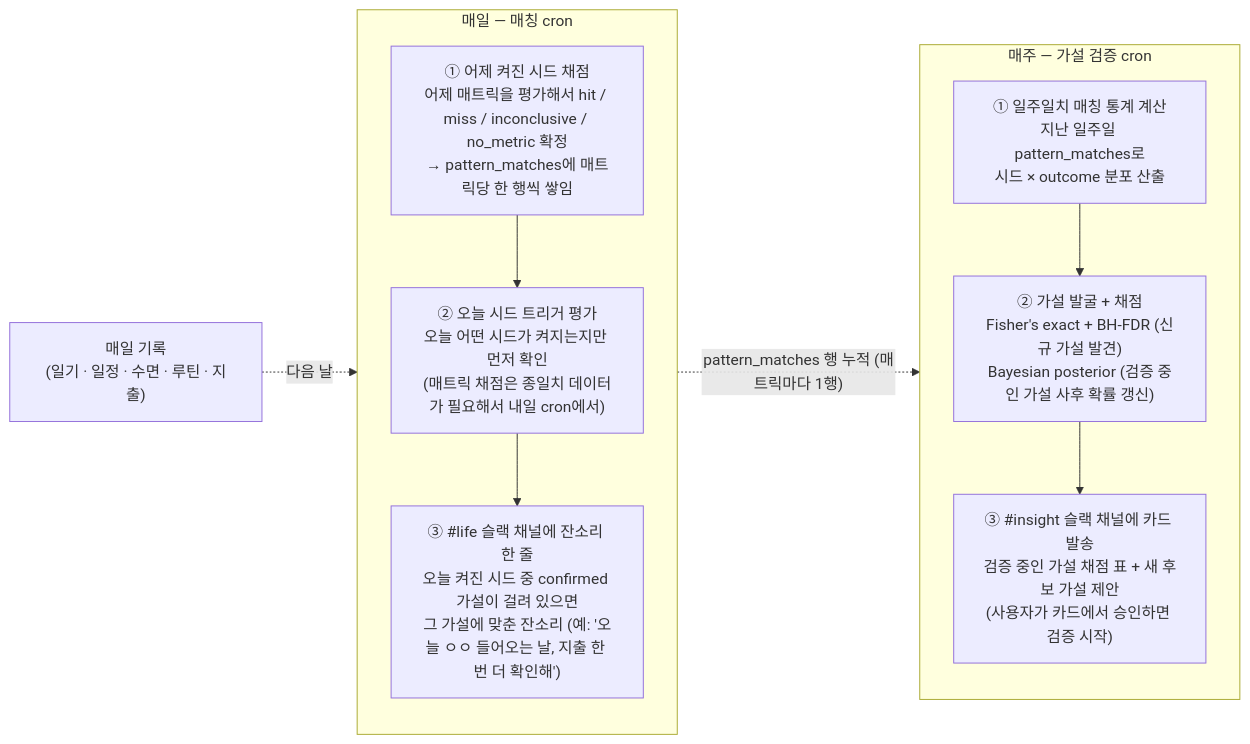
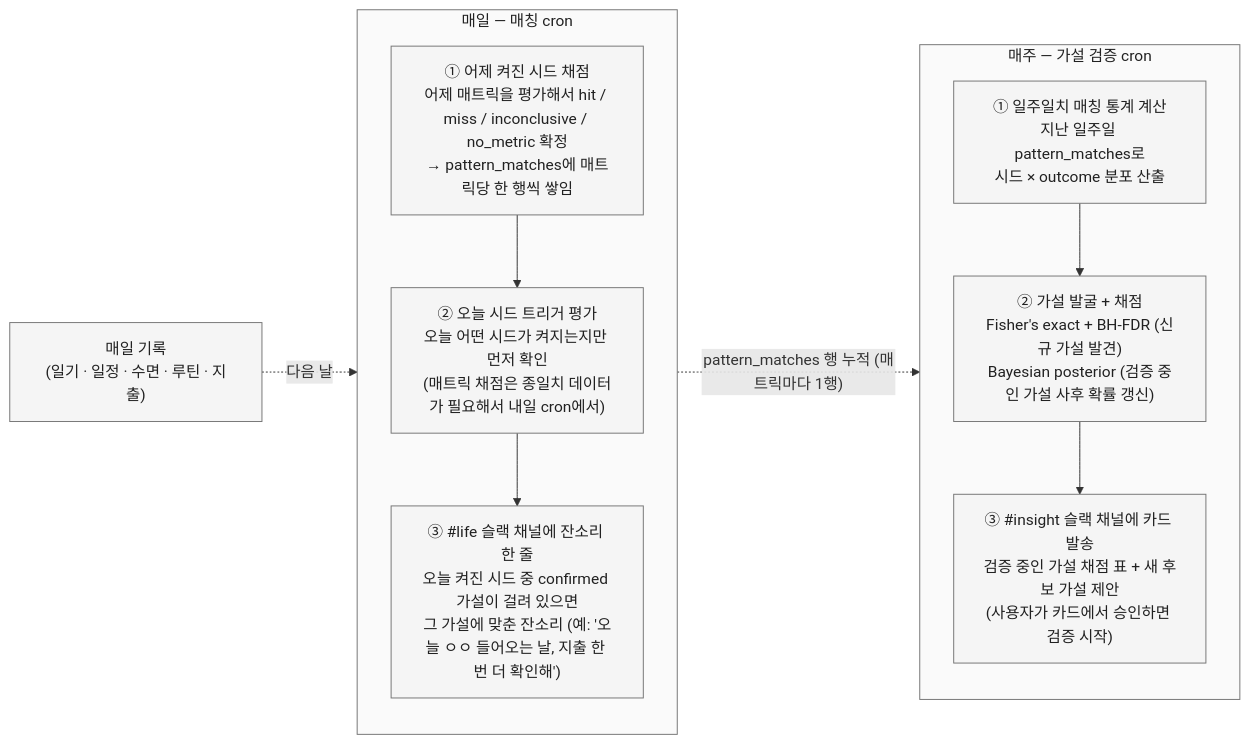
One commit to hyewon3938/slack-ai-agents changed the first of 9 diagrams in docs/explainers/insight-v2.md. Above: the diagram before and after it, drawn with Mermaid. The commit also changed other lines of this file, not shown here.

````diff
--- a/docs/explainers/insight-v2.md
+++ b/docs/explainers/insight-v2.md
@@ -92,23 +92,28 @@
 ```mermaid
 flowchart LR
   REC["매일 기록<br/>(일기 · 일정 · 수면 · 루틴 · 지출)"]
 
   subgraph DAILY["매일 — 매칭 cron"]
     direction TB
     D1["① 어제 켜진 시드 채점<br/>어제 매트릭을 평가해서 hit / miss / inconclusive / no_metric 확정<br/>→ pattern_matches에 매트릭당 한 행씩 쌓임"]
     D2["② 오늘 시드 트리거 평가<br/>오늘 어떤 시드가 켜지는지만 먼저 확인<br/>(매트릭 채점은 종일치 데이터가 필요해서 내일 cron에서)"]
     D3["③ #life 슬랙 채널에 잔소리 한 줄<br/>오늘 켜진 시드 중 confirmed 가설이 걸려 있으면<br/>그 가설에 맞춘 잔소리 (예: '오늘 ㅇㅇ 들어오는 날, 지출 한 번 더 확인해')"]
     D1 --> D2 --> D3
   end
 
   subgraph WEEKLY["매주 — 가설 검증 cron"]
     direction TB
     W1["① 일주일치 매칭 통계 계산<br/>지난 일주일 pattern_matches로<br/>시드 × outcome 분포 산출"]
     W2["② 가설 발굴 + 채점<br/>Fisher's exact + BH-FDR (신규 가설 발견)<br/>Bayesian posterior (검증 중인 가설 사후 확률 갱신)"]
     W3["③ #insight 슬랙 채널에 카드 발송<br/>검증 중인 가설 채점 표 + 새 후보 가설 제안<br/>(사용자가 카드에서 승인하면 검증 시작)"]
     W1 --> W2 --> W3
   end
 
   REC -. 다음 날 .-> DAILY
   DAILY -. "pattern_matches 행 누적 (매트릭마다 1행)" .-> WEEKLY
+
+  classDef flowNode fill:#f5f5f5,stroke:#757575,color:#212121
+  classDef flowBox fill:#fafafa,stroke:#757575,color:#212121
+  class REC,D1,D2,D3,W1,W2,W3 flowNode
+  class DAILY,WEEKLY flowBox
 ```
````
